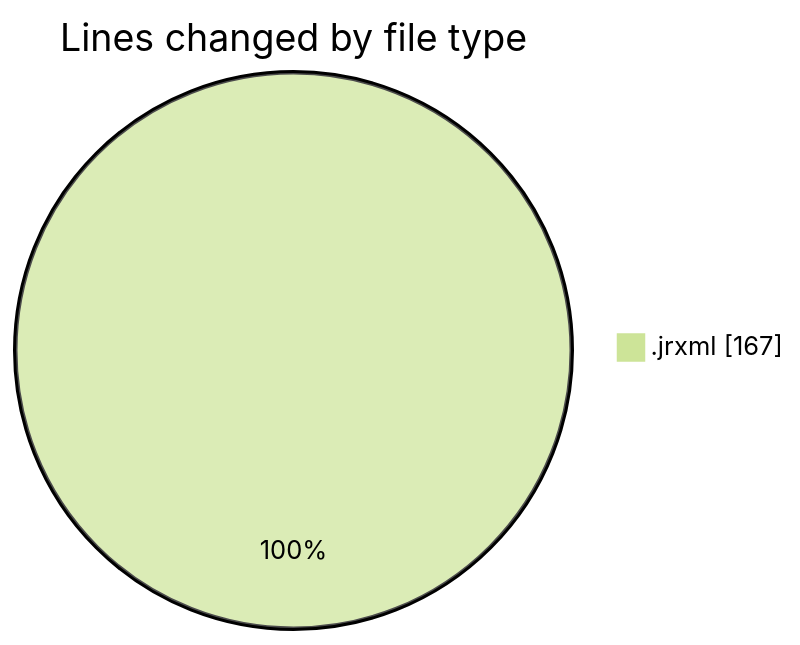
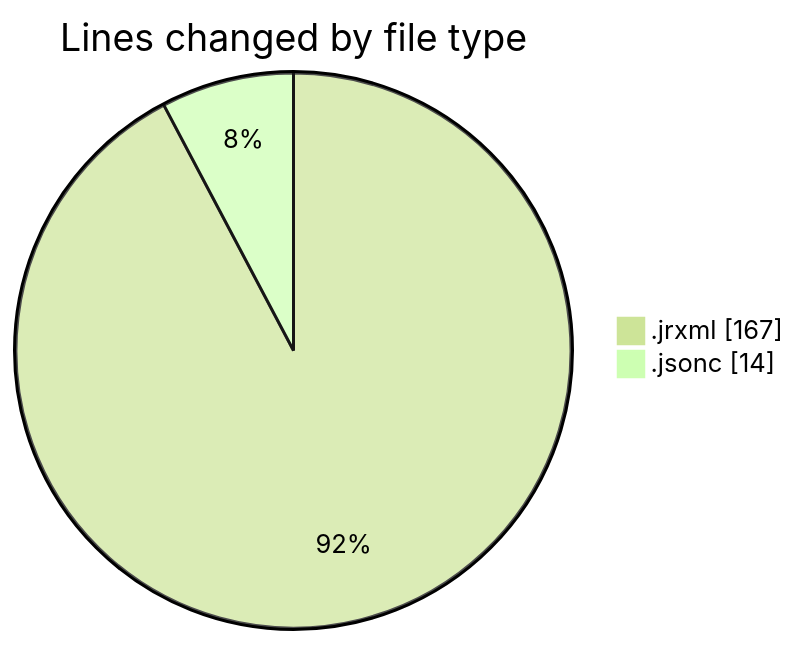
One commit to ricardozamudiocil/code-tracking changed the first of 2 diagrams in 2026-07-09/cilreports__workspace_/README.md. Above: the diagram before and after it, drawn with Mermaid (forest theme). The commit also changed other lines of this file and 1 other file, not shown here.

````diff
--- a/2026-07-09/cilreports__workspace_/README.md
+++ b/2026-07-09/cilreports__workspace_/README.md
@@ -20,5 +21,6 @@
 ```mermaid
 pie showData
 title Lines changed by file type
 ".jrxml" : 167
+".jsonc" : 14
 ```
````
